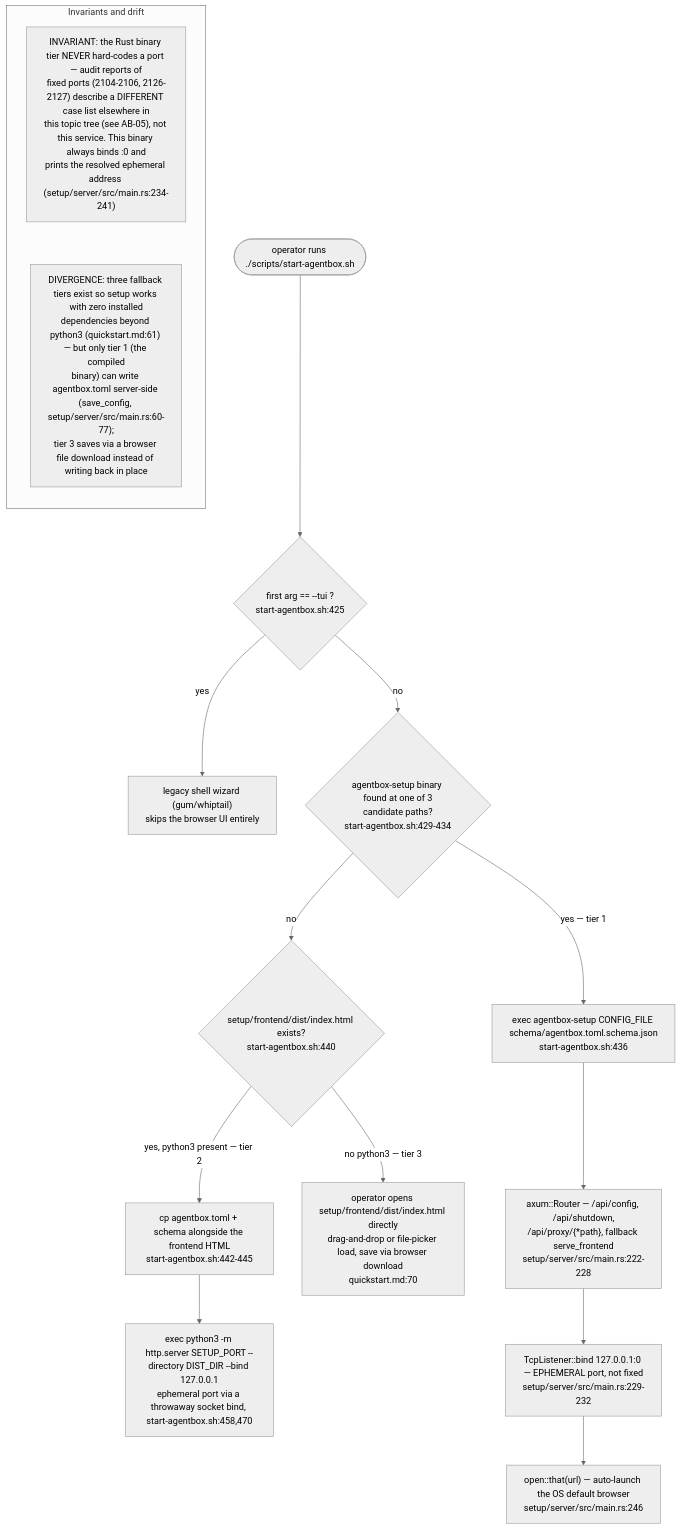
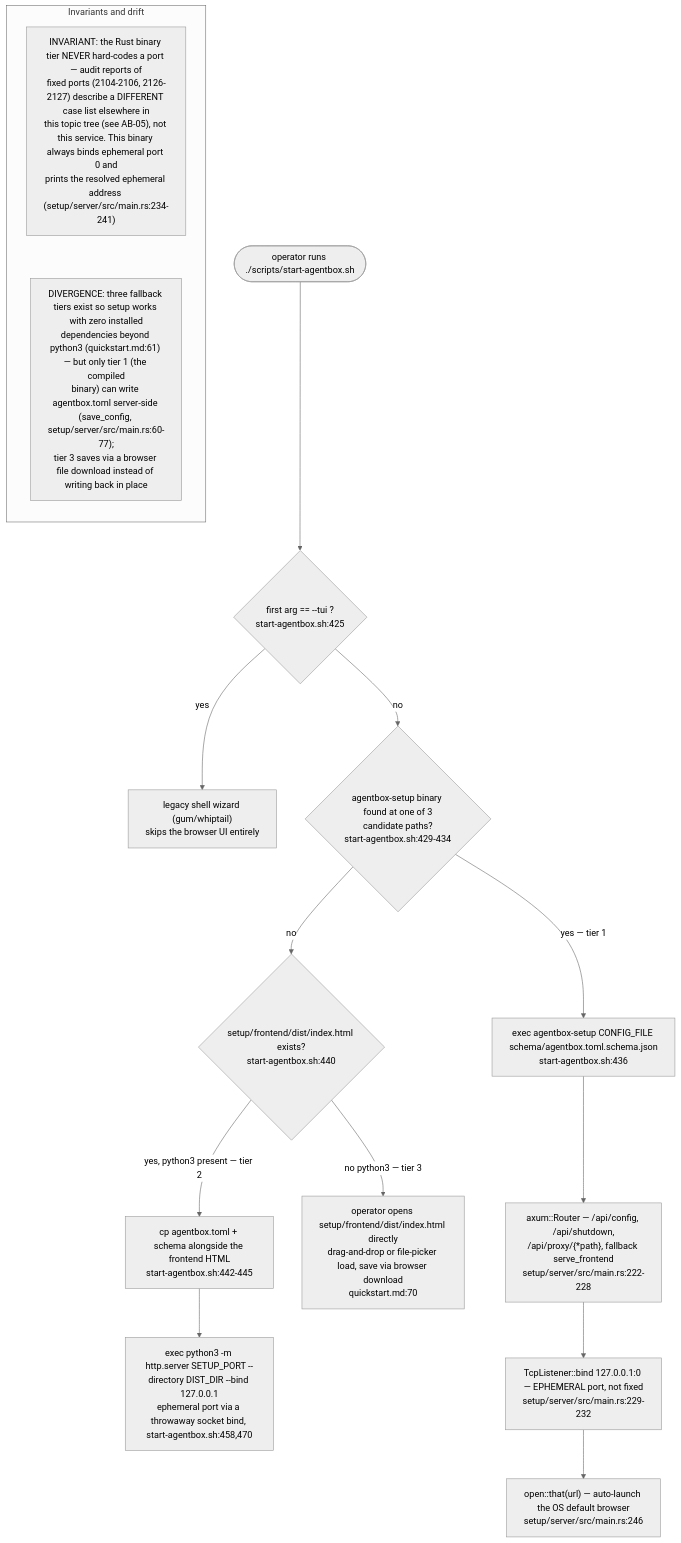
The second of 5 diagrams in docs/diagrams/agentbox/30-supporting-services-secret-backup-setup-https-bridge.md (DreamLab-AI/VisionFlow), drawn with Mermaid (neutral theme) before and after one commit. The commit also changed other lines of this file and 52 other files, not shown here.

First line of the commit message:
docs(diagrams): wave 3 checkpoint — bare line refs resolved, revision-pinned cite-check, VC-05/AB-01..13 re-attested

````diff
--- a/docs/diagrams/agentbox/30-supporting-services-secret-backup-setup-https-bridge.md
+++ b/docs/diagrams/agentbox/30-supporting-services-secret-backup-setup-https-bridge.md
@@ -53,20 +53,20 @@
 ```mermaid
 flowchart TD
     START(["operator runs ./scripts/start-agentbox.sh"]) --> TUI{"first arg == --tui ?<br/>start-agentbox.sh:425"}
     TUI -->|yes| LEGACY["legacy shell wizard #40;gum/whiptail#41;<br/>skips the browser UI entirely"]
     TUI -->|no| BINCHECK{"agentbox-setup binary found at one of 3<br/>candidate paths?<br/>start-agentbox.sh:429-434"}
     BINCHECK -->|"yes — tier 1"| EXECBIN["exec agentbox-setup CONFIG_FILE schema/agentbox.toml.schema.json<br/>start-agentbox.sh:436"]
     BINCHECK -->|no| FRONTENDCHECK{"setup/frontend/dist/index.html exists?<br/>start-agentbox.sh:440"}
     FRONTENDCHECK -->|"yes, python3 present — tier 2"| COPYFILES["cp agentbox.toml + schema alongside the frontend HTML<br/>start-agentbox.sh:442-445"]
     COPYFILES --> PYSERVE["exec python3 -m http.server SETUP_PORT --directory DIST_DIR --bind 127.0.0.1<br/>ephemeral port via a throwaway socket bind, start-agentbox.sh:458,470"]
     FRONTENDCHECK -->|"no python3 — tier 3"| MANUAL["operator opens setup/frontend/dist/index.html directly<br/>drag-and-drop or file-picker load, save via browser download<br/>quickstart.md:70"]
     EXECBIN --> AXUM["axum::Router — /api/config, /api/shutdown,<br/>/api/proxy/#123;*path#125;, fallback serve_frontend<br/>setup/server/src/main.rs:222-228"]
     AXUM --> BIND["TcpListener::bind 127.0.0.1:0 — EPHEMERAL port, not fixed<br/>setup/server/src/main.rs:229-232"]
     BIND --> OPEN["open::that#40;url#41; — auto-launch the OS default browser<br/>setup/server/src/main.rs:246"]
     subgraph notes["Invariants and drift"]
         direction TB
-        N1["INVARIANT: the Rust binary tier NEVER hard-codes a port — audit reports of<br/>fixed ports #40;2104-2106, 2126-2127#41; describe a DIFFERENT case list elsewhere in<br/>this topic tree #40;see AB-05#41;, not this service. This binary always binds :0 and<br/>prints the resolved ephemeral address #40;setup/server/src/main.rs:234-241#41;"]
+        N1["INVARIANT: the Rust binary tier NEVER hard-codes a port — audit reports of<br/>fixed ports #40;2104-2106, 2126-2127#41; describe a DIFFERENT case list elsewhere in<br/>this topic tree #40;see AB-05#41;, not this service. This binary always binds ephemeral port 0 and<br/>prints the resolved ephemeral address #40;setup/server/src/main.rs:234-241#41;"]
         N2["DIVERGENCE: three fallback tiers exist so setup works with zero installed<br/>dependencies beyond python3 #40;quickstart.md:61#41; — but only tier 1 #40;the compiled<br/>binary#41; can write agentbox.toml server-side #40;save_config, setup/server/src/main.rs:60-77#41;;<br/>tier 3 saves via a browser file download instead of writing back in place"]
         N1 ~~~ N2
     end
 ```
````
